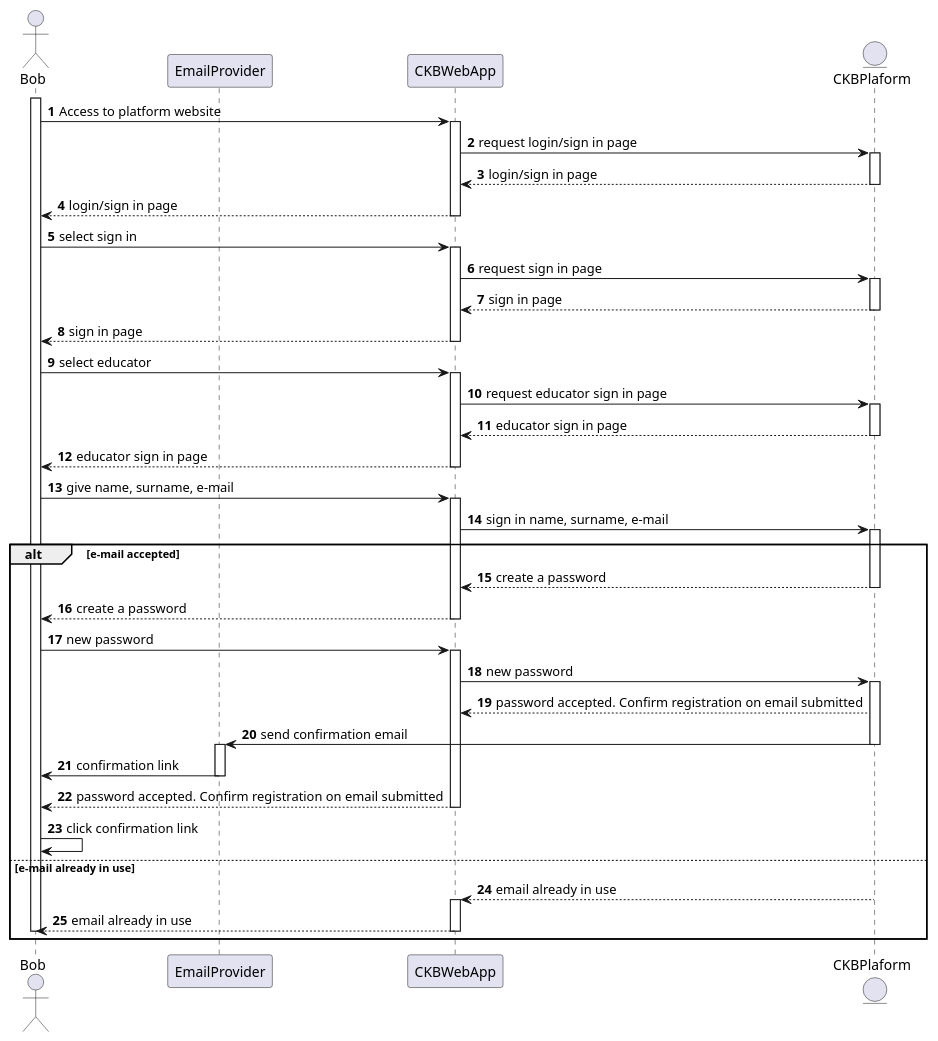
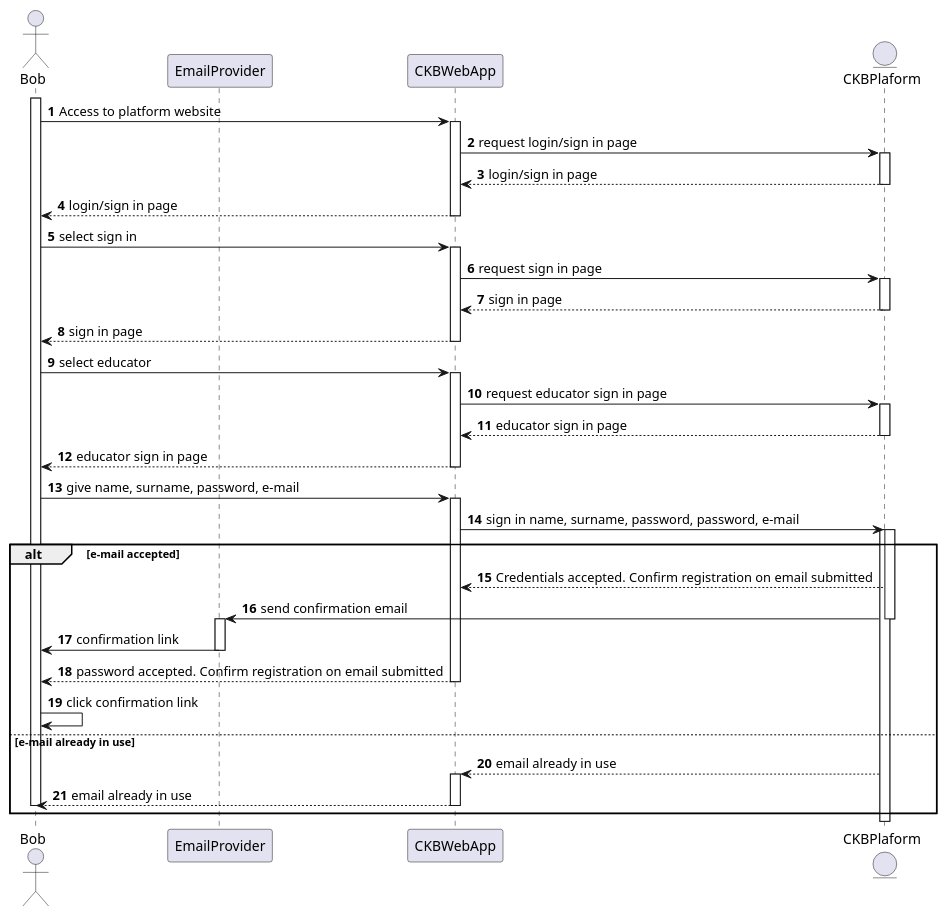
Before and after one commit to Angelo7672/SE2_Requirement-and-Design-Document: the diagram in _RASD/Images/UML/sequenceDiagram/sequenceDiagramUC1b.wsd, drawn with PlantUML. The commit also changed 11 other files, not shown here.

```diff
--- a/_RASD/Images/UML/sequenceDiagram/sequenceDiagramUC1b.wsd
+++ b/_RASD/Images/UML/sequenceDiagram/sequenceDiagramUC1b.wsd
@@ -1,66 +1,59 @@
 @startuml
 
 autonumber
 
 actor Bob
 participant EmailProvider as Email
 participant CKBWebApp as App
 entity CKBPlaform as Platform
 
 activate Bob
 Bob -> App: Access to platform website
 activate App
 App -> Platform: request login/sign in page
 activate Platform
 Platform --> App: login/sign in page
 deactivate Platform
 App --> Bob: login/sign in page
 deactivate App
 Bob -> App: select sign in
 activate App
 App -> Platform: request sign in page
 activate Platform
 Platform --> App: sign in page
 deactivate Platform
 App --> Bob: sign in page
 deactivate App
 Bob -> App: select educator
 activate App
 App -> Platform: request educator sign in page
 activate Platform
 Platform --> App: educator sign in page
 deactivate Platform
 App --> Bob: educator sign in page
 deactivate App
-Bob -> App: give name, surname, e-mail
+Bob -> App: give name, surname, password, e-mail
 activate App
-App -> Platform: sign in name, surname, e-mail
+App -> Platform: sign in name, surname, password, password, e-mail
 activate Platform
 
 alt e-mail accepted
-    Platform --> App: create a password
-    deactivate Platform
-    App --> Bob: create a password
-    deactivate App
-    Bob -> App: new password
-    activate App
-    App -> Platform: new password
     activate Platform
-    Platform --> App: password accepted. Confirm registration on email submitted
+    Platform --> App: Credentials accepted. Confirm registration on email submitted
     Platform -> Email: send confirmation email
     deactivate Platform
     activate Email
     Email -> Bob: confirmation link
     deactivate Email
     App --> Bob: password accepted. Confirm registration on email submitted
     deactivate App
     Bob -> Bob: click confirmation link
 else e-mail already in use
     Platform --> App: email already in use
     activate App
     App --> Bob: email already in use
     deactivate App
     deactivate Bob
 end
 
 @enduml
```
